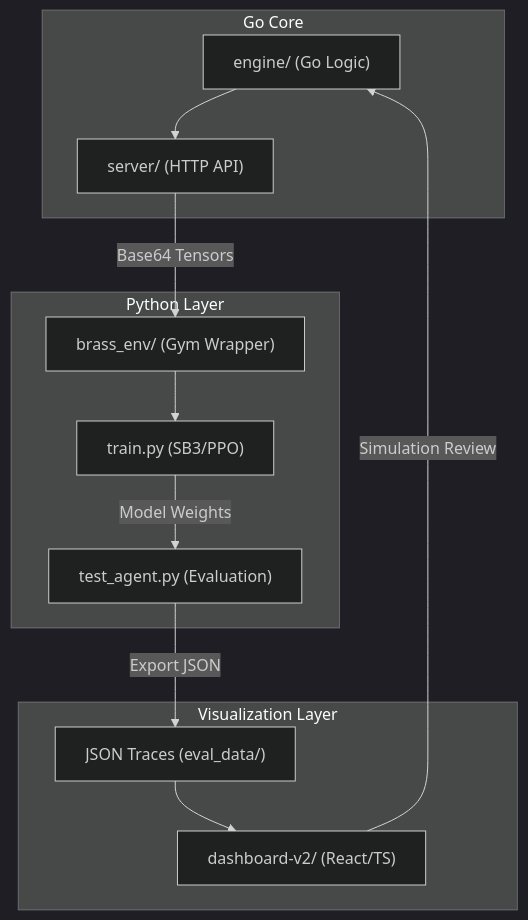
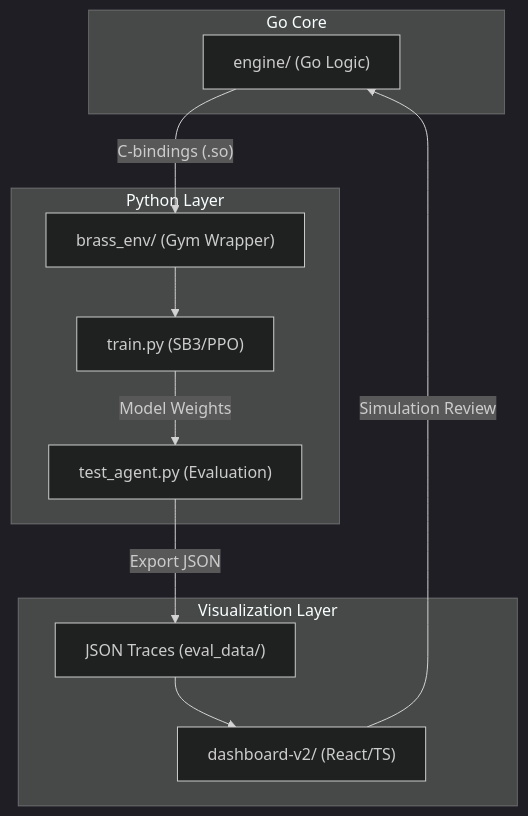
The diagram in .AGENTS.md (georgerooney/brass-birmingbot), drawn with Mermaid (dark theme) before and after one commit. The commit also changed other lines of this file and 7 other files, not shown here.

Commit message:
docs: update architecture diagrams and agent context for C-bindings

````diff
--- a/.AGENTS.md
+++ b/.AGENTS.md
@@ -9,28 +9,26 @@
 ```mermaid
 graph TD
     subgraph "Go Core"
         Engine["engine/ (Go Logic)"]
-        Server["server/ (HTTP API)"]
     end
 
     subgraph "Python Layer"
         Env["brass_env/ (Gym Wrapper)"]
         Training["train.py (SB3/PPO)"]
         Eval["test_agent.py (Evaluation)"]
     end
 
     subgraph "Visualization Layer"
         Dashboard["dashboard-v2/ (React/TS)"]
         Traces["JSON Traces (eval_data/)"]
     end
 
     %% Linkages
-    Engine --> Server
-    Server -- "Base64 Tensors" --> Env
+    Engine -- "C-bindings (.so)" --> Env
     Env --> Training
     Training -- "Model Weights" --> Eval
     Eval -- "Export JSON" --> Traces
     Traces --> Dashboard
     
     Dashboard -- "Simulation Review" --> Engine
 ```
````
